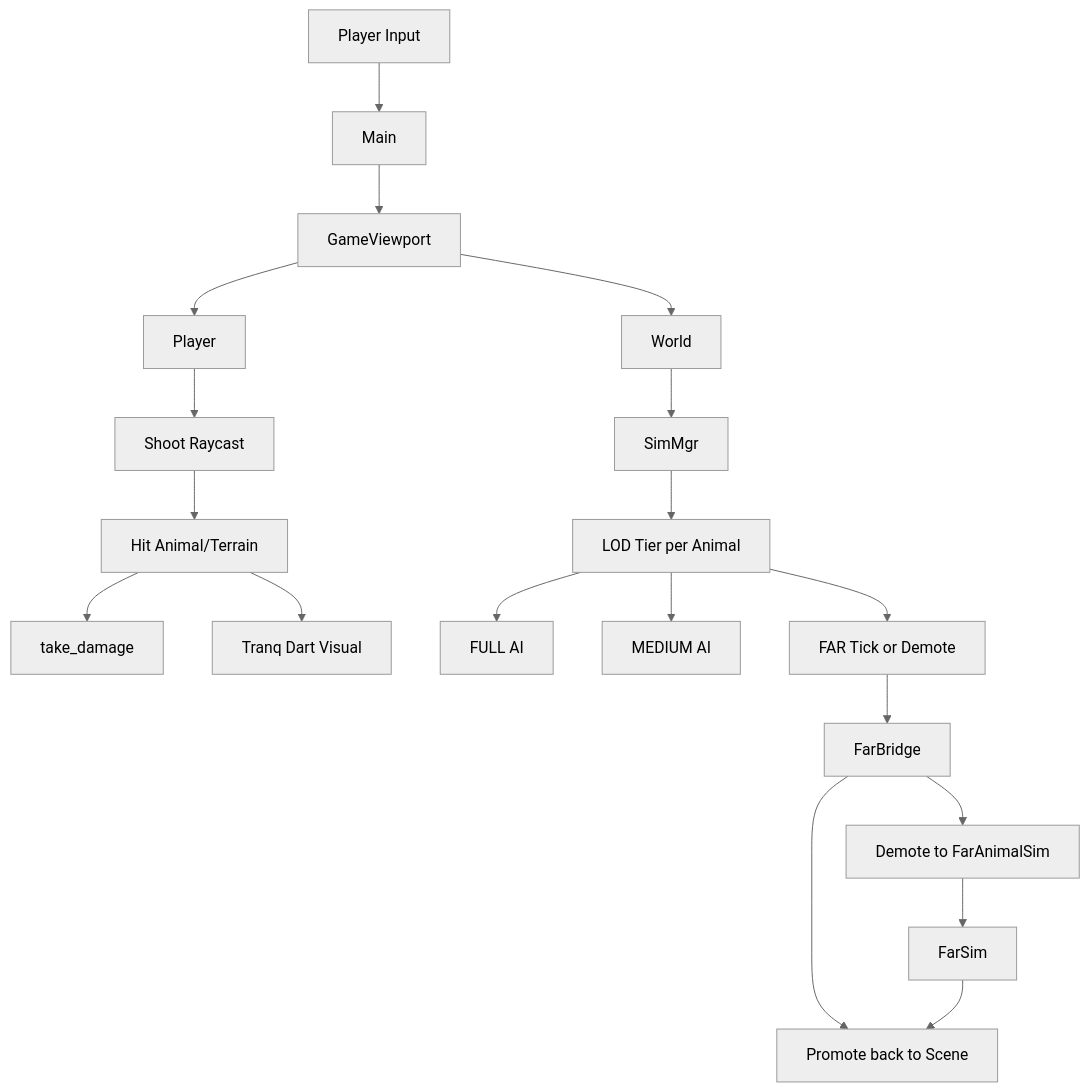
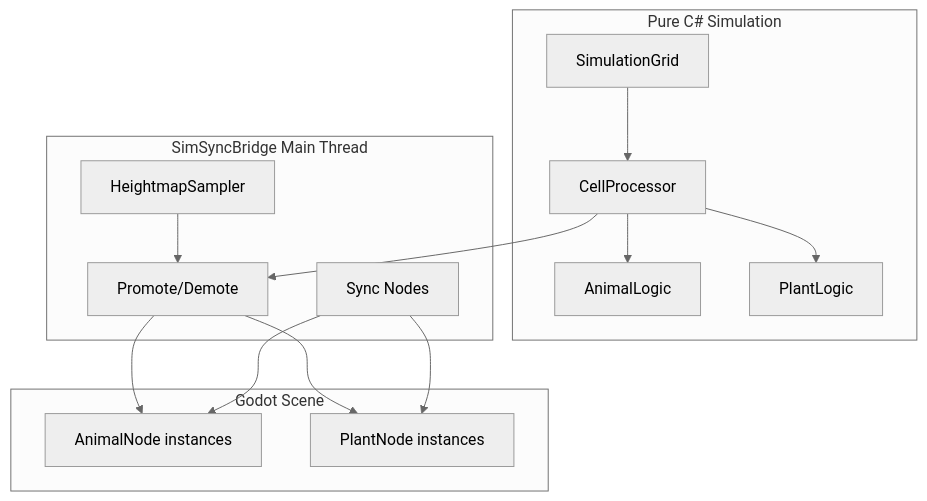
One commit to StevenGann/BiologyGame changed the third of 4 diagrams in docs/architecture.md. Above: the diagram before and after it, drawn with Mermaid (neutral theme). The commit also changed other lines of this file and 12 other files, not shown here.

````diff
--- a/docs/architecture.md
+++ b/docs/architecture.md
@@ -60,25 +50,30 @@
 ```mermaid
-flowchart TD
-    Input[Player Input]
-    Input --> Main
-    Main --> GameViewport
-    GameViewport --> Player
-    GameViewport --> World
-    
-    Player --> Shoot[Shoot Raycast]
-    Shoot --> Hit[Hit Animal/Terrain]
-    Hit --> TakeDamage[take_damage]
-    Hit --> TranqDart[Tranq Dart Visual]
-    
-    World --> SimMgr
-    SimMgr --> LOD[LOD Tier per Animal]
-    LOD --> Full[FULL AI]
-    LOD --> Medium[MEDIUM AI]
-    LOD --> Far[FAR Tick or Demote]
-    
-    Far --> FarBridge
-    FarBridge --> Demote[Demote to FarAnimalSim]
-    FarBridge --> Promote[Promote back to Scene]
-    Demote --> FarSim
-    FarSim --> Promote
+flowchart TB
+    subgraph CSharp[Pure C# Simulation]
+        SimGrid[SimulationGrid]
+        CellProc[CellProcessor]
+        AnimalLogic[AnimalLogic]
+        PlantLogic[PlantLogic]
+        SimGrid --> CellProc
+        CellProc --> AnimalLogic
+        CellProc --> PlantLogic
+    end
+
+    subgraph Bridge[SimSyncBridge Main Thread]
+        HeightSampler[HeightmapSampler]
+        Promote[Promote/Demote]
+        Sync[Sync Nodes]
+    end
+
+    subgraph Godot[Godot Scene]
+        AnimalNodes[AnimalNode instances]
+        PlantNodes[PlantNode instances]
+    end
+
+    CellProc --> Promote
+    Promote --> AnimalNodes
+    Promote --> PlantNodes
+    Sync --> AnimalNodes
+    Sync --> PlantNodes
+    HeightSampler --> Promote
 ```
````
